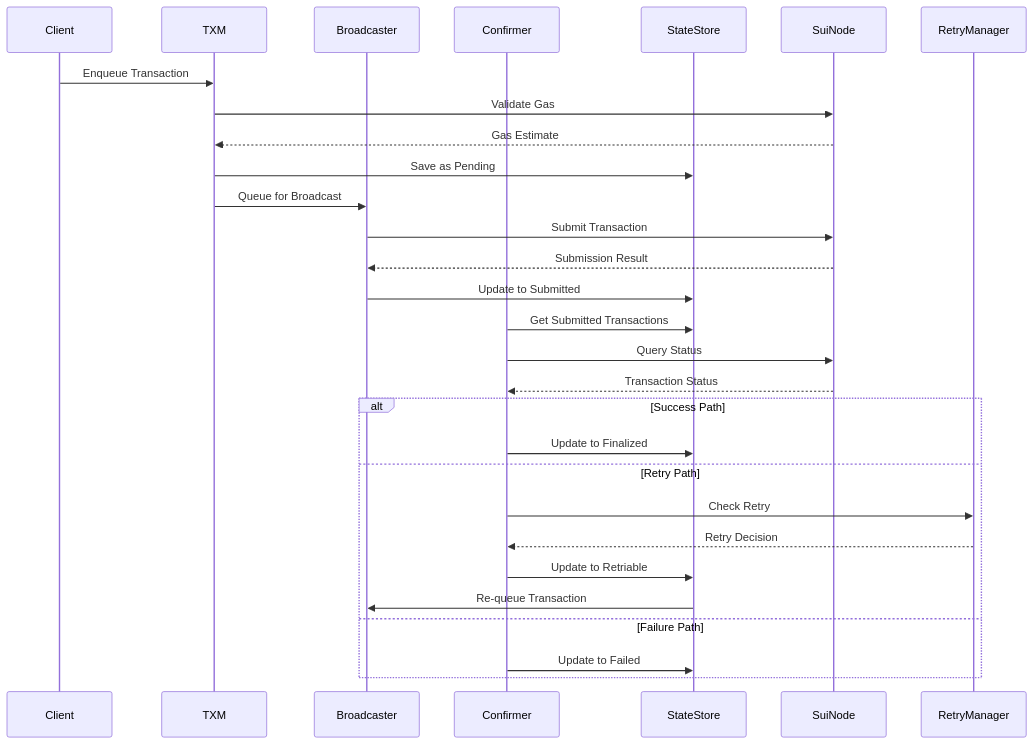
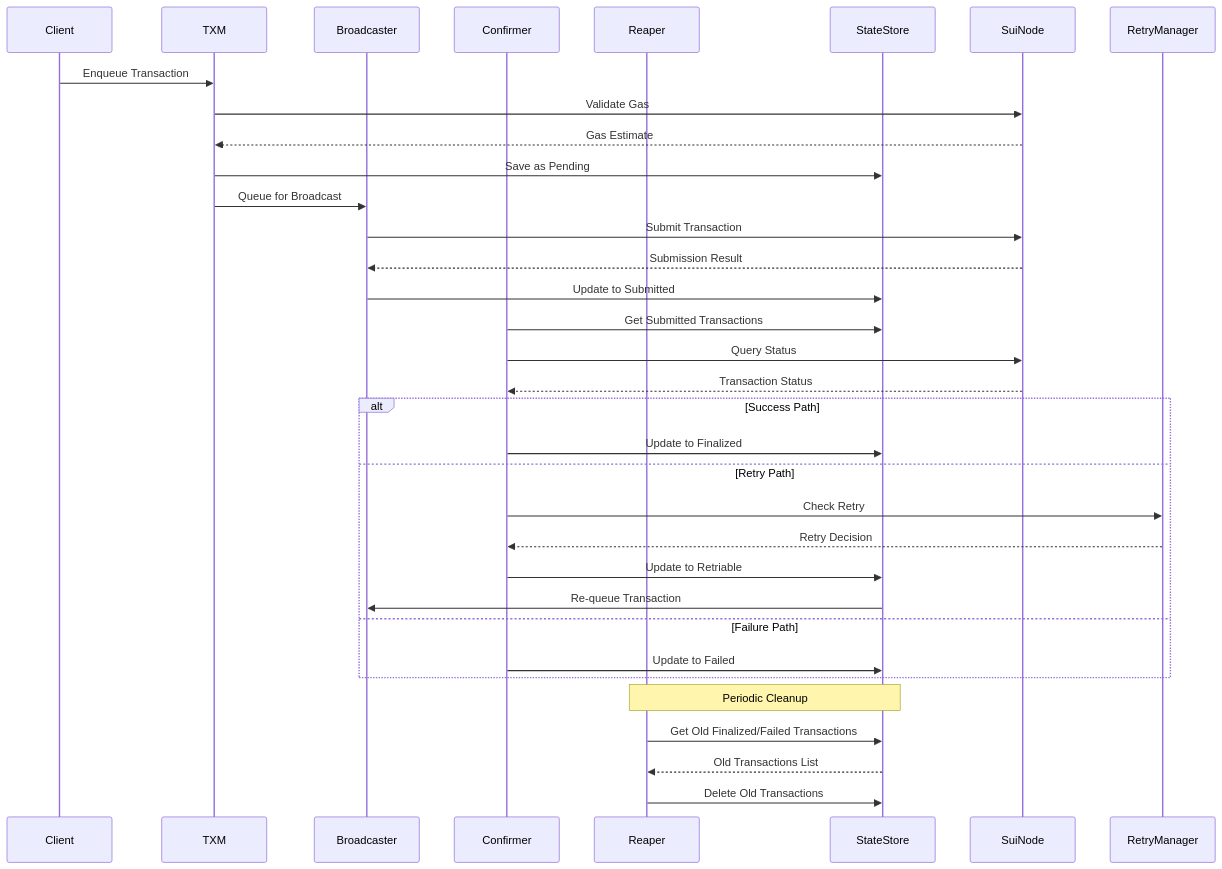
The third of 3 diagrams in documentation/relayer/transaction-manager.md (smartcontractkit/chainlink-sui), drawn with Mermaid before and after one commit. The commit also changed other lines of this file, not shown here.

Commit message:
Updates txm documentation to include reaper routine

````diff
--- a/documentation/relayer/transaction-manager.md
+++ b/documentation/relayer/transaction-manager.md
@@ -74,35 +77,41 @@
 ```mermaid
 sequenceDiagram
     participant C as Client
     participant T as TXM
     participant B as Broadcaster
     participant F as Confirmer
+    participant RP as Reaper
     participant S as StateStore
     participant N as SuiNode
-    participant R as RetryManager
+    participant RM as RetryManager
 
     C->>T: Enqueue Transaction
     T->>N: Validate Gas
     N-->>T: Gas Estimate
     T->>S: Save as Pending
     T->>B: Queue for Broadcast
 
     B->>N: Submit Transaction
     N-->>B: Submission Result
     B->>S: Update to Submitted
 
     F->>S: Get Submitted Transactions
     F->>N: Query Status
     N-->>F: Transaction Status
 
     alt Success Path
         F->>S: Update to Finalized
     else Retry Path
-        F->>R: Check Retry
-        R-->>F: Retry Decision
+        F->>RM: Check Retry
+        RM-->>F: Retry Decision
         F->>S: Update to Retriable
         S->>B: Re-queue Transaction
     else Failure Path
         F->>S: Update to Failed
     end
+    
+    Note over RP,S: Periodic Cleanup
+    RP->>S: Get Old Finalized/Failed Transactions
+    S-->>RP: Old Transactions List
+    RP->>S: Delete Old Transactions
 ```
````
